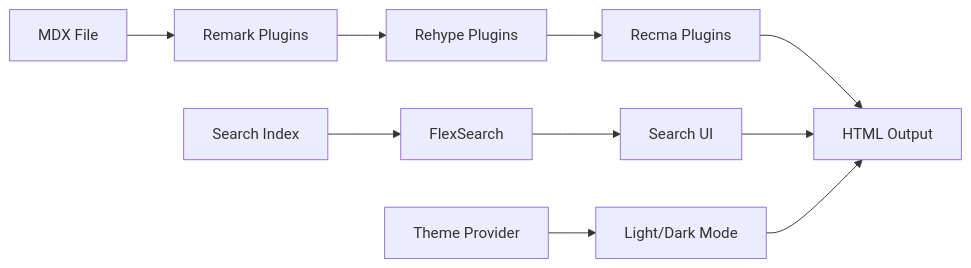
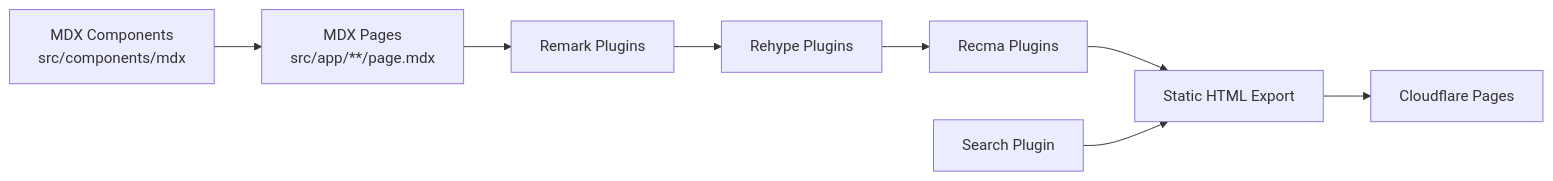
Before and after one commit to leszek3737/librefang-WIki: the diagram in documentation-docs.md, drawn with Mermaid. The commit also changed other lines of this file and 56 other files, not shown here.

````diff
--- a/documentation-docs.md
+++ b/documentation-docs.md
@@ -19,14 +9,10 @@
 ```mermaid
-flowchart LR
-    A[MDX File] --> B[Remark Plugins]
+graph LR
+    A[MDX Pages<br>src/app/**/page.mdx] --> B[Remark Plugins]
     B --> C[Rehype Plugins]
     C --> D[Recma Plugins]
-    D --> E[HTML Output]
-    
-    F[Search Index] --> G[FlexSearch]
-    G --> H[Search UI]
-    H --> E
-    
-    I[Theme Provider] --> J[Light/Dark Mode]
-    J --> E
+    D --> E[Static HTML Export]
+    F[Search Plugin] --> E
+    G[MDX Components<br>src/components/mdx] --> A
+    E --> H[Cloudflare Pages]
 ```
````
